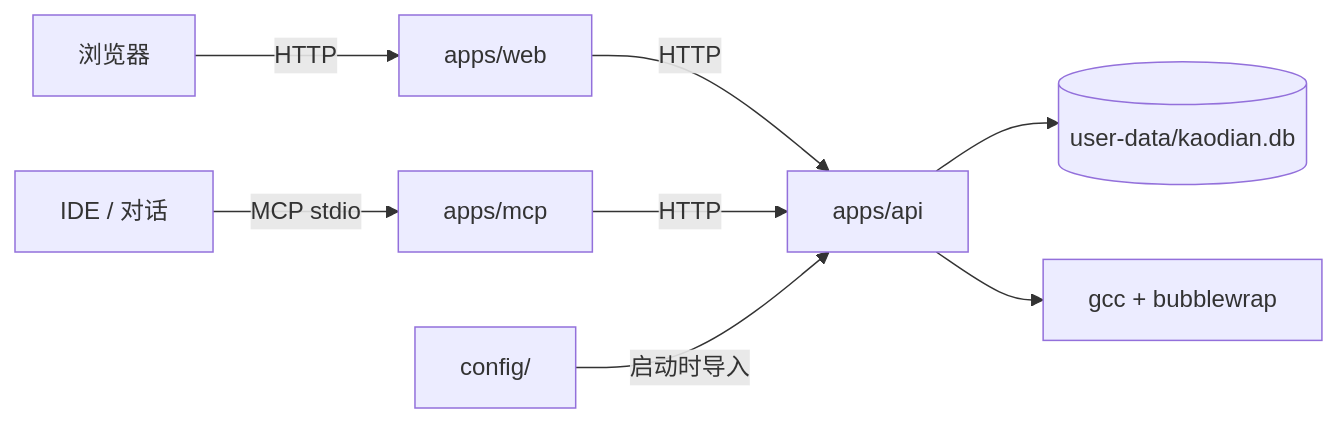
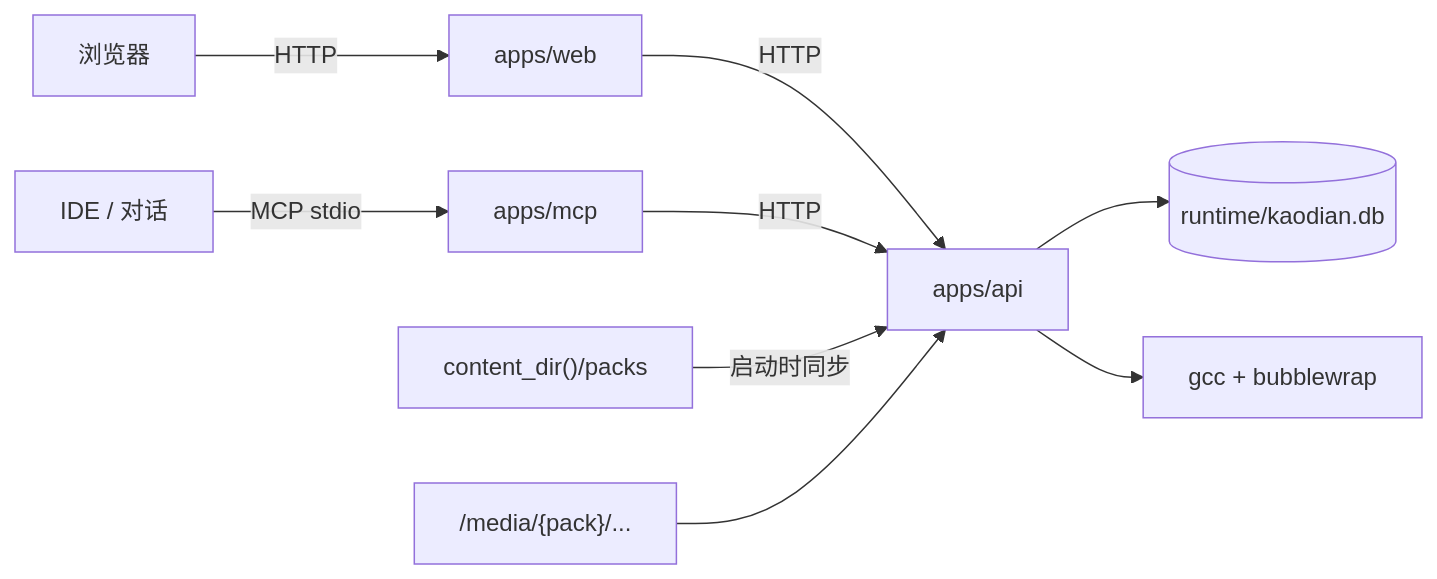
The diagram in docs/dev/architecture.md (xuanyuanluoxue/kaodian), drawn with Mermaid before and after one commit. The commit also changed other lines of this file and 73 other files, not shown here.

````diff
--- a/docs/dev/architecture.md
+++ b/docs/dev/architecture.md
@@ -48,10 +48,11 @@
 ```mermaid
 flowchart LR
   IDE["IDE / 对话"] -->|MCP stdio| MCP["apps/mcp"]
   Browser["浏览器"] -->|HTTP| WEB["apps/web"]
   WEB -->|HTTP| API["apps/api"]
   MCP -->|HTTP| API
-  API --> DB[("user-data/kaodian.db")]
+  API --> DB[("runtime/kaodian.db")]
   API --> Sandbox["gcc + bubblewrap"]
-  Config["config/"] -->|启动时导入| API
+  Content["content_dir()/packs"] -->|启动时同步| API
+  Media["/media/{pack}/..."] --> API
 ```
````
